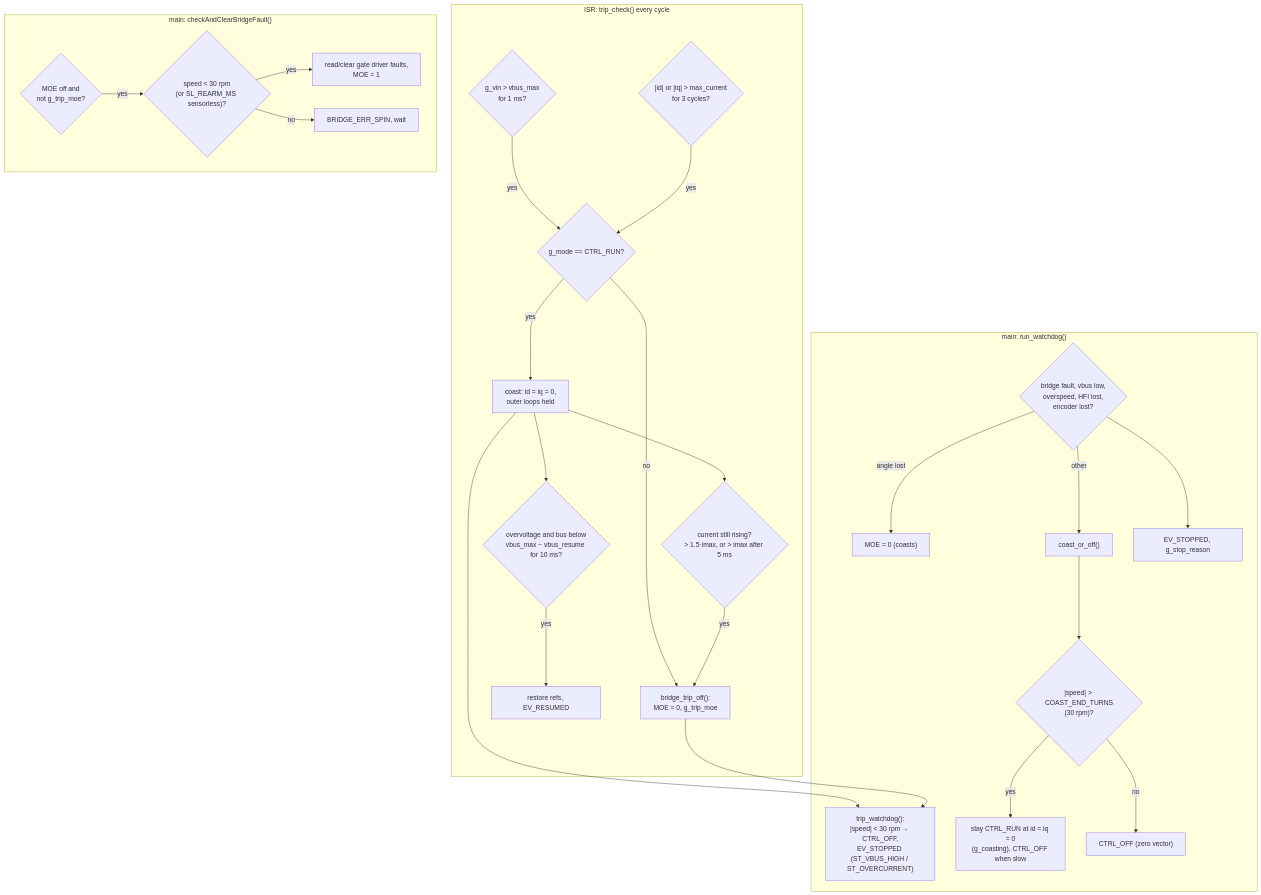
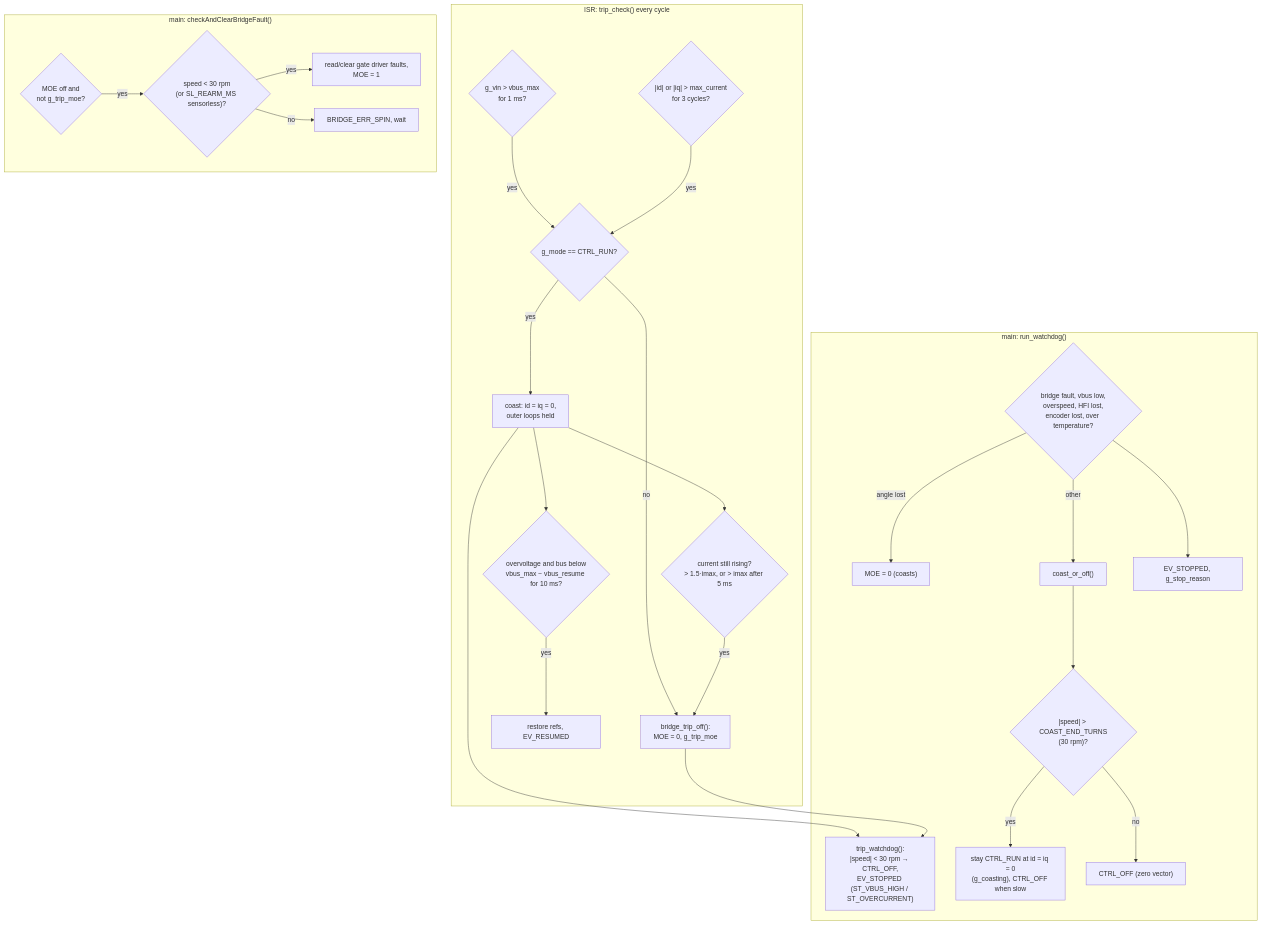
Diagram 12 of 15 in docs/software-structure.md (alanhpereira/fluxdrive-g4), drawn with Mermaid before and after one commit. The commit also changed other lines of this file and 23 other files, not shown here.

````diff
--- a/docs/software-structure.md
+++ b/docs/software-structure.md
@@ -422,37 +424,37 @@
 ```mermaid
 flowchart TD
     subgraph ISRSIDE["ISR: trip_check() every cycle"]
         OV{"g_vin > vbus_max<br/>for 1 ms?"}
         OC{"|id| or |iq| > max_current<br/>for 3 cycles?"}
         OV -- yes --> TR
         OC -- yes --> TR
         TR{"g_mode == CTRL_RUN?"}
         TR -- yes --> COAST["coast: id = iq = 0,<br/>outer loops held"]
         TR -- no --> MOE["bridge_trip_off():<br/>MOE = 0, g_trip_moe"]
         COAST --> RISE{"current still rising?<br/>> 1.5·imax, or > imax after 5 ms"}
         RISE -- yes --> MOE
         COAST --> RES{"overvoltage and bus below<br/>vbus_max − vbus_resume for 10 ms?"}
         RES -- yes --> RESUME["restore refs, EV_RESUMED"]
     end
 
     subgraph MAINSIDE["main: run_watchdog()"]
         TW["trip_watchdog():<br/>|speed| < 30 rpm → CTRL_OFF,<br/>EV_STOPPED (ST_VBUS_HIGH / ST_OVERCURRENT)"]
-        CHKW{"bridge fault, vbus low,<br/>overspeed, HFI lost,<br/>encoder lost?"}
+        CHKW{"bridge fault, vbus low,<br/>overspeed, HFI lost,<br/>encoder lost, over temperature?"}
         CHKW -- "angle lost" --> OFF1["MOE = 0 (coasts)"]
         CHKW -- other --> CO["coast_or_off()"]
         CO --> SPD{"|speed| > COAST_END_TURNS<br/>(30 rpm)?"}
         SPD -- yes --> CST["stay CTRL_RUN at id = iq = 0<br/>(g_coasting), CTRL_OFF when slow"]
         SPD -- no --> OFF2["CTRL_OFF (zero vector)"]
         CHKW --> EVS["EV_STOPPED, g_stop_reason"]
     end
 
     COAST --> TW
     MOE --> TW
 
     subgraph REARM["main: checkAndClearBridgeFault()"]
         RA{"MOE off and<br/>not g_trip_moe?"}
         RA -- yes --> SL{"speed < 30 rpm<br/>(or SL_REARM_MS sensorless)?"}
         SL -- yes --> ARM["read/clear gate driver faults,<br/>MOE = 1"]
         SL -- no --> SPIN["BRIDGE_ERR_SPIN, wait"]
     end
 ```
````
